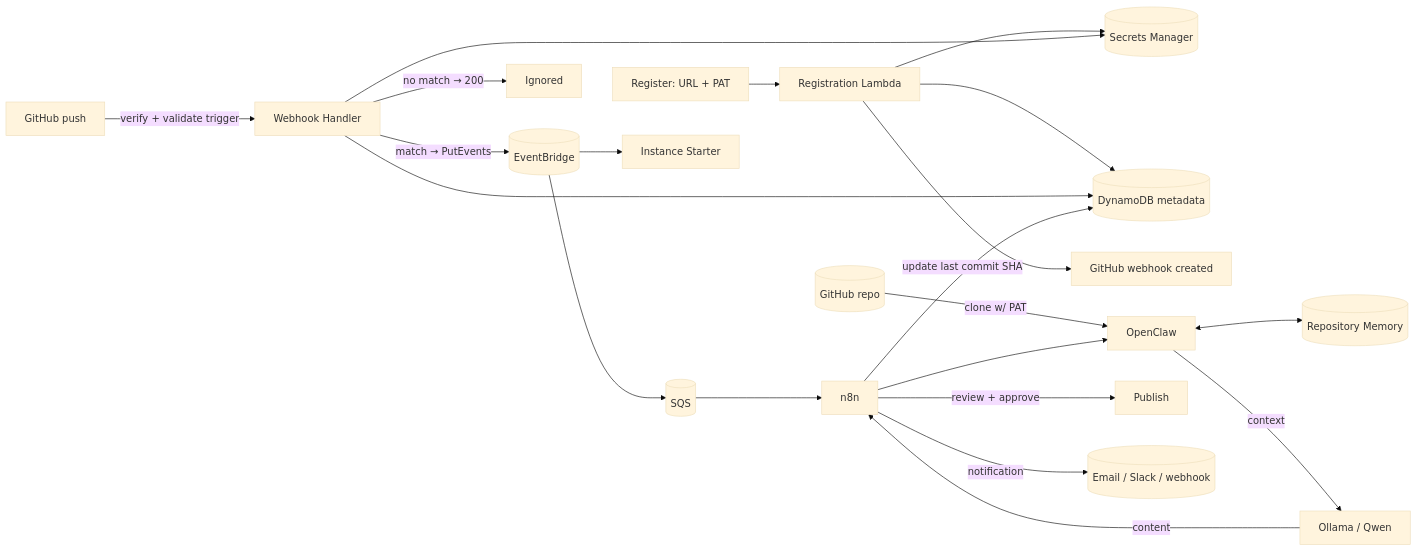
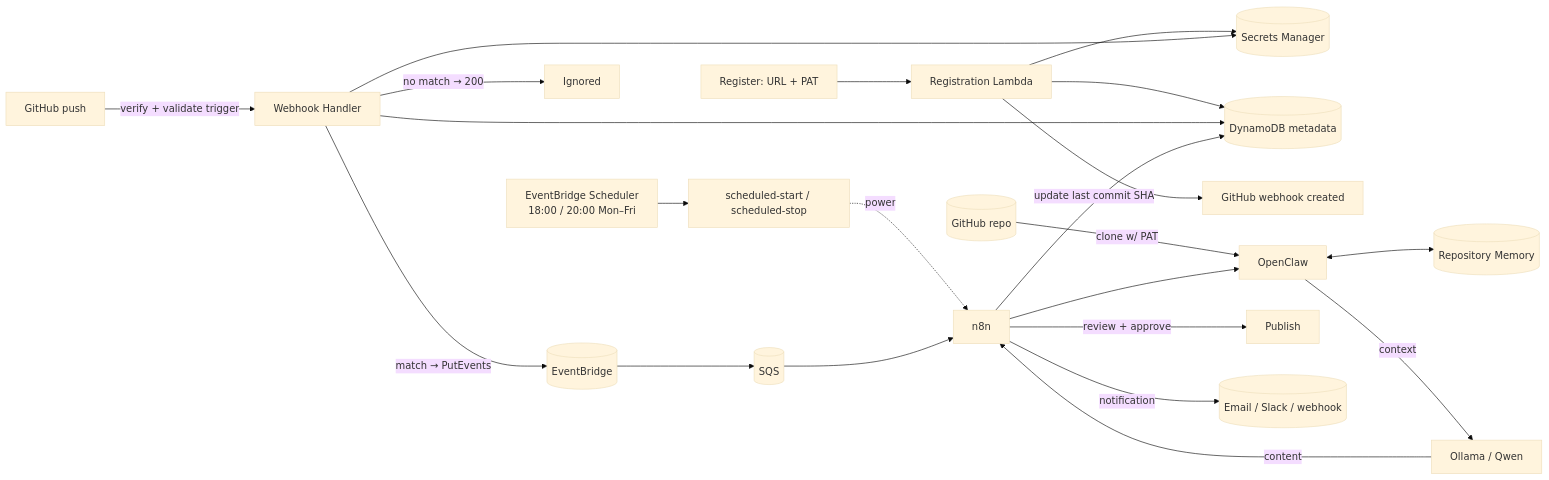
The seventh of 7 diagrams in docs/architecture.md (teddynted/ai-github-repository-blog-generator), drawn with Mermaid (base theme) before and after one commit. The commit also changed other lines of this file and 48 other files, not shown here.

````diff
--- a/docs/architecture.md
+++ b/docs/architecture.md
@@ -259,24 +258,25 @@
 ```mermaid
 flowchart LR
     REG[Register: URL + PAT] --> RL[Registration Lambda]
     RL --> SM[(Secrets Manager)]
     RL --> DDB[(DynamoDB metadata)]
     RL --> HOOK[GitHub webhook created]
 
     EVT[GitHub push] -->|verify + validate trigger| LH[Webhook Handler]
     LH --> DDB
     LH --> SM
     LH -->|match → PutEvents| EB[(EventBridge)]
     LH -->|no match → 200| STOP[Ignored]
     EB --> SQS[(SQS)]
-    EB --> ST[Instance Starter]
+    SCH[EventBridge Scheduler<br/>18:00 / 20:00 Mon–Fri] --> PWR[scheduled-start / scheduled-stop]
+    PWR -.->|power| N8N
     SQS --> N8N[n8n]
     GH[(GitHub repo)] -->|clone w/ PAT| OC[OpenClaw]
     N8N --> OC
     OC <--> MEM[(Repository Memory)]
     OC -->|context| OL[Ollama / Qwen]
     OL -->|content| N8N
     N8N -->|review + approve| PUB[Publish]
     N8N -->|update last commit SHA| DDB
     N8N -->|notification| NOTIF[(Email / Slack / webhook)]
 ```
````
